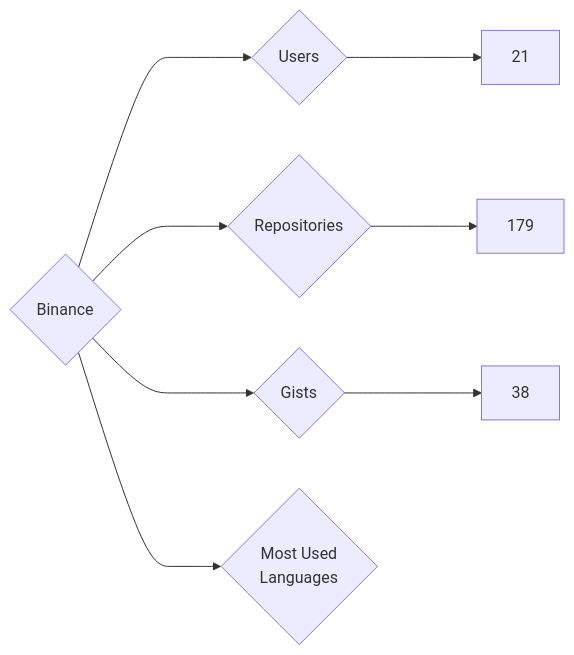
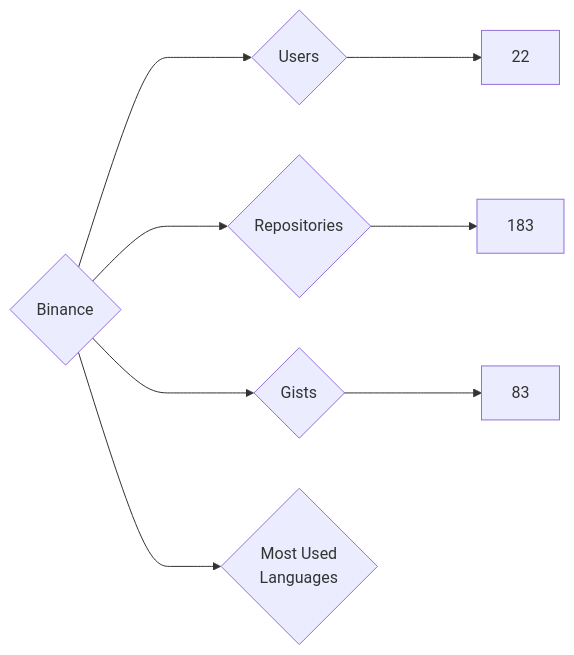
The diagram in targets/Binance/README.md (nenadzaric/insiders), drawn with Mermaid before and after one commit. The commit also changed 1342 other files, not shown here.

````diff
--- a/targets/Binance/README.md
+++ b/targets/Binance/README.md
@@ -3,8 +3,8 @@
 ```mermaid
 graph LR
 COMPANY_NAME{Binance}
-COMPANY_NAME ---> U{Users} ---> UN[21]
-COMPANY_NAME ---> R{Repositories} ---> RN[179]
-COMPANY_NAME ---> G{Gists} ---> GN[38]
+COMPANY_NAME ---> U{Users} ---> UN[22]
+COMPANY_NAME ---> R{Repositories} ---> RN[183]
+COMPANY_NAME ---> G{Gists} ---> GN[83]
 COMPANY_NAME ---> ML{Most Used<br>Languages}
 ```
````
